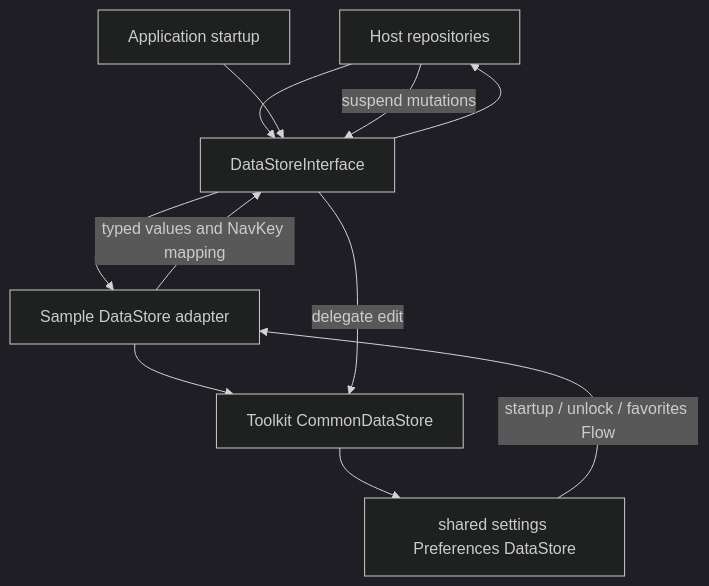
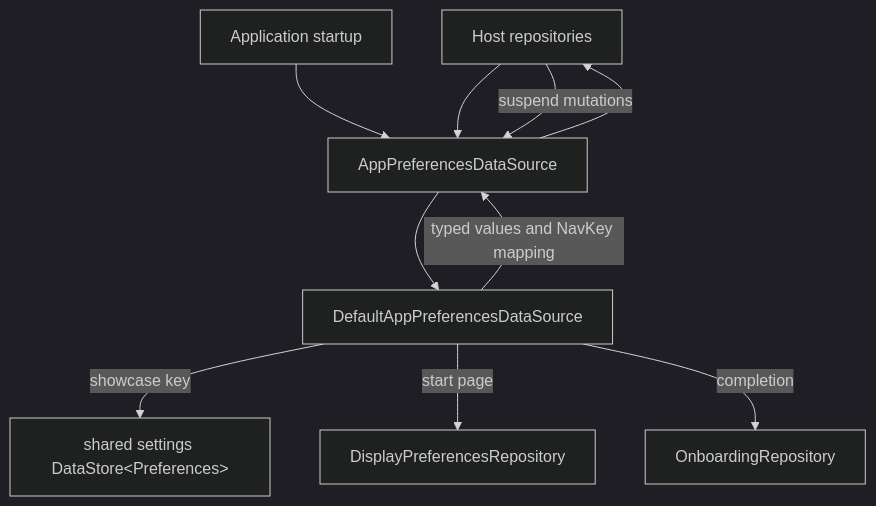
One commit to MihaiCristianCondrea/App-Toolkit-for-Android changed the diagram in sample/core/datastore/README.md. Above: the diagram before and after it, drawn with Mermaid (dark theme). The commit also changed other lines of this file and 83 other files, not shown here.

````diff
--- a/sample/core/datastore/README.md
+++ b/sample/core/datastore/README.md
@@ -32,13 +34,12 @@
 ```mermaid
 flowchart TD
-    Repos[Host repositories] --> Contract[DataStoreInterface]
+    Repos[Host repositories] --> Contract[AppPreferencesDataSource]
     App[Application startup] --> Contract
-    Contract --> Adapter[Sample DataStore adapter]
-    Adapter --> Common[Toolkit CommonDataStore]
-    Common --> Store["shared settings Preferences DataStore"]
-    Store -->|startup / unlock / favorites Flow| Adapter
-    Adapter -->|typed values and NavKey mapping| Contract
+    Contract --> Source[DefaultAppPreferencesDataSource]
+    Source -->|showcase key| Store["shared settings DataStore&lt;Preferences&gt;"]
+    Source -->|start page| Display[DisplayPreferencesRepository]
+    Source -->|completion| Onboarding[OnboardingRepository]
+    Source -->|typed values and NavKey mapping| Contract
     Contract --> Repos
     Repos -->|suspend mutations| Contract
-    Contract -->|delegate edit| Common
 ```
````
